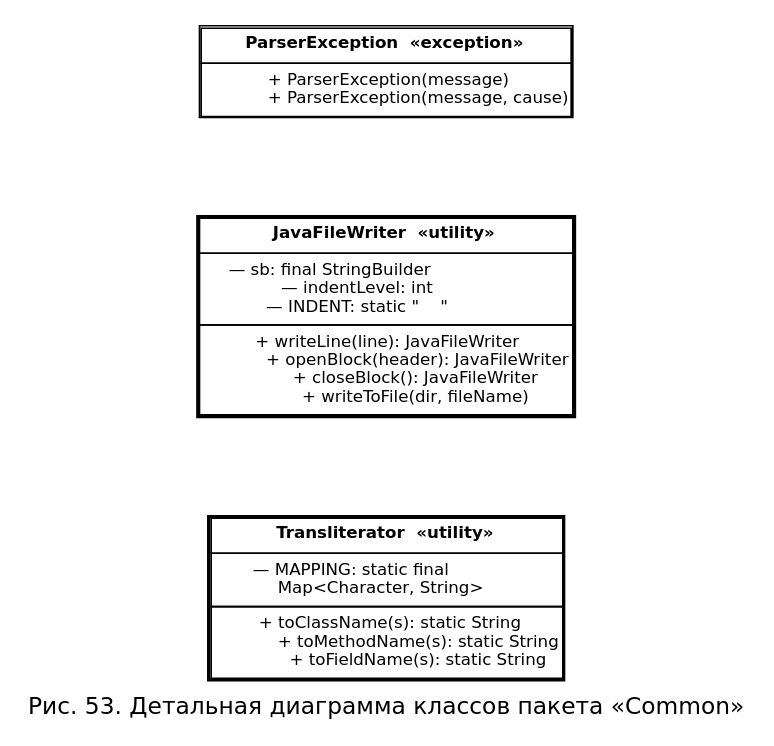
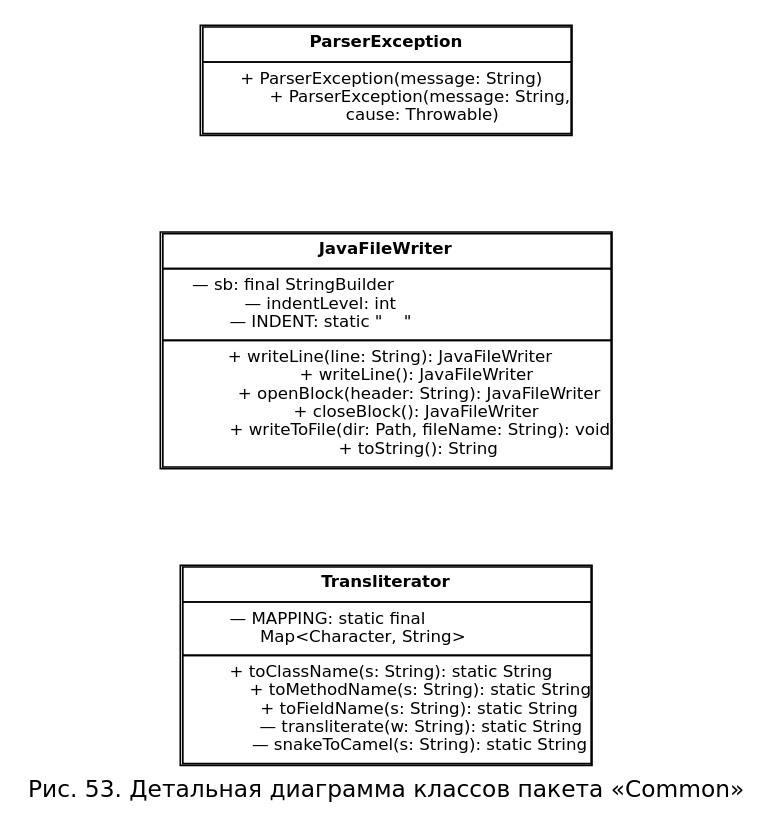
Before and after one commit to nastolbov/AutoTestGeneratorUpdate: the diagram in diagrams/cls_common_detail.dot, drawn with Graphviz. The commit also changed 45 other files, not shown here.

```diff
--- a/diagrams/cls_common_detail.dot
+++ b/diagrams/cls_common_detail.dot
@@ -1,29 +1,34 @@
 digraph CD {
     rankdir=LR; fontname="DejaVu Sans"; fontsize=14;
     label="Рис. 53. Детальная диаграмма классов пакета «Common»"; labelloc=b;
     nodesep=0.7;
     node [fontname="DejaVu Sans", fontsize=10, shape=plaintext];
 
-    Transl [label=<<TABLE BORDER="2" CELLBORDER="1" CELLSPACING="0" CELLPADDING="4" BGCOLOR="white">
-        <TR><TD><B>Transliterator  «utility»</B></TD></TR>
+    T [label=<<TABLE BORDER="1" CELLBORDER="1" CELLSPACING="0" CELLPADDING="4" BGCOLOR="white">
+        <TR><TD><B>Transliterator</B></TD></TR>
         <TR><TD ALIGN="LEFT">— MAPPING: static final<BR/>
-            Map&lt;Character, String&gt;</TD></TR>
-        <TR><TD ALIGN="LEFT">+ toClassName(s): static String<BR/>
-            + toMethodName(s): static String<BR/>
-            + toFieldName(s): static String</TD></TR></TABLE>>];
+              Map&lt;Character, String&gt;</TD></TR>
+        <TR><TD ALIGN="LEFT">+ toClassName(s: String): static String<BR/>
+            + toMethodName(s: String): static String<BR/>
+            + toFieldName(s: String): static String<BR/>
+            — transliterate(w: String): static String<BR/>
+            — snakeToCamel(s: String): static String</TD></TR></TABLE>>];
 
-    JFW [label=<<TABLE BORDER="2" CELLBORDER="1" CELLSPACING="0" CELLPADDING="4" BGCOLOR="white">
-        <TR><TD><B>JavaFileWriter  «utility»</B></TD></TR>
+    JW [label=<<TABLE BORDER="1" CELLBORDER="1" CELLSPACING="0" CELLPADDING="4" BGCOLOR="white">
+        <TR><TD><B>JavaFileWriter</B></TD></TR>
         <TR><TD ALIGN="LEFT">— sb: final StringBuilder<BR/>
             — indentLevel: int<BR/>
             — INDENT: static "    "</TD></TR>
-        <TR><TD ALIGN="LEFT">+ writeLine(line): JavaFileWriter<BR/>
-            + openBlock(header): JavaFileWriter<BR/>
+        <TR><TD ALIGN="LEFT">+ writeLine(line: String): JavaFileWriter<BR/>
+            + writeLine(): JavaFileWriter<BR/>
+            + openBlock(header: String): JavaFileWriter<BR/>
             + closeBlock(): JavaFileWriter<BR/>
-            + writeToFile(dir, fileName)</TD></TR></TABLE>>];
+            + writeToFile(dir: Path, fileName: String): void<BR/>
+            + toString(): String</TD></TR></TABLE>>];
 
     PE [label=<<TABLE BORDER="1" CELLBORDER="1" CELLSPACING="0" CELLPADDING="4" BGCOLOR="white">
-        <TR><TD><B>ParserException  «exception»</B></TD></TR>
-        <TR><TD ALIGN="LEFT">+ ParserException(message)<BR/>
-            + ParserException(message, cause)</TD></TR></TABLE>>];
+        <TR><TD><B>ParserException</B></TD></TR>
+        <TR><TD ALIGN="LEFT">+ ParserException(message: String)<BR/>
+            + ParserException(message: String,<BR/>
+              cause: Throwable)</TD></TR></TABLE>>];
 }
```
